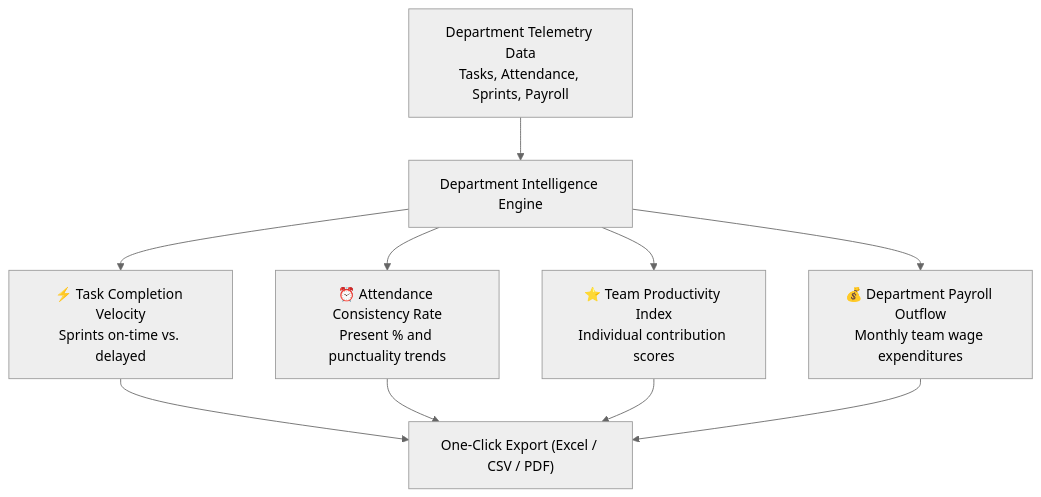
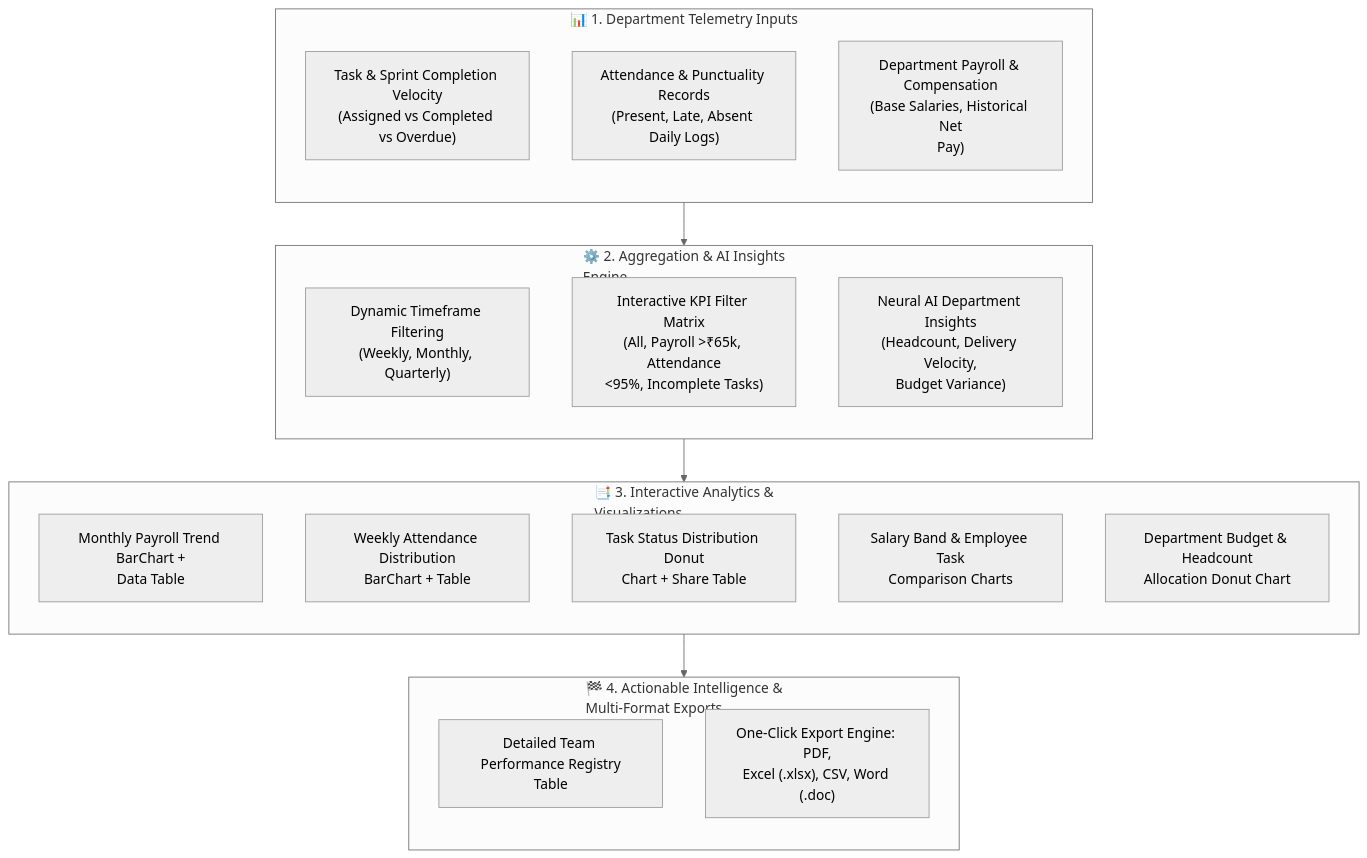
The first of 3 diagrams in docs/hrms-manager/reports.md (SRJ-GROUP/hubnest_user_guide), drawn with Mermaid (neutral theme) before and after one commit. The commit also changed other lines of this file and 161 other files, not shown here.

Commit message:
feat: complete HubMeet suite, supervisor portal docs, diagram fixes, and interactive eye-button zoom modal

````diff
--- a/docs/hrms-manager/reports.md
+++ b/docs/hrms-manager/reports.md
@@ -22,12 +24,35 @@
 ```mermaid
-graph TD
-    Raw["Department Telemetry Data<br/>Tasks, Attendance, Sprints, Payroll"] --> Engine["Department Intelligence Engine"]
-    Engine --> R1["⚡ Task Completion Velocity<br/>Sprints on-time vs. delayed"]
-    Engine --> R2["⏰ Attendance Consistency Rate<br/>Present % and punctuality trends"]
-    Engine --> R3["⭐ Team Productivity Index<br/>Individual contribution scores"]
-    Engine --> R4["💰 Department Payroll Outflow<br/>Monthly team wage expenditures"]
-    R1 --> Export["One-Click Export (Excel / CSV / PDF)"]
-    R2 --> Export
-    R3 --> Export
-    R4 --> Export
+graph TB
+    subgraph DataSources["📊 1. Department Telemetry Inputs"]
+        direction TB
+        T1["Task & Sprint Completion Velocity<br/>(Assigned vs Completed vs Overdue)"]
+        T2["Attendance & Punctuality Records<br/>(Present, Late, Absent Daily Logs)"]
+        T3["Department Payroll & Compensation<br/>(Base Salaries, Historical Net<br/>Pay)"]
+    end
+
+    subgraph Intelligence["⚙️ 2. Aggregation & AI Insights<br/>Engine"]
+        direction TB
+        E1["Dynamic Timeframe Filtering<br/>(Weekly, Monthly, Quarterly)"]
+        E2["Interactive KPI Filter Matrix<br/>(All, Payroll >₹65k, Attendance<br/><95%, Incomplete Tasks)"]
+        E3["Neural AI Department Insights<br/>(Headcount, Delivery Velocity,<br/>Budget Variance)"]
+    end
+
+    subgraph Visualizations["📑 3. Interactive Analytics &<br/>Visualizations"]
+        direction TB
+        R1["Monthly Payroll Trend BarChart +<br/>Data Table"]
+        R2["Weekly Attendance Distribution<br/>BarChart + Table"]
+        R3["Task Status Distribution Donut<br/>Chart + Share Table"]
+        R4["Salary Band & Employee Task<br/>Comparison Charts"]
+        R5["Department Budget & Headcount<br/>Allocation Donut Chart"]
+    end
+
+    subgraph Output["🏁 4. Actionable Intelligence &<br/>Multi-Format Exports"]
+        direction TB
+        O1["Detailed Team Performance Registry<br/>Table"]
+        O2["One-Click Export Engine: PDF,<br/>Excel (.xlsx), CSV, Word (.doc)"]
+    end
+
+    DataSources --> Intelligence
+    Intelligence --> Visualizations
+    Visualizations --> Output
 ```
````
